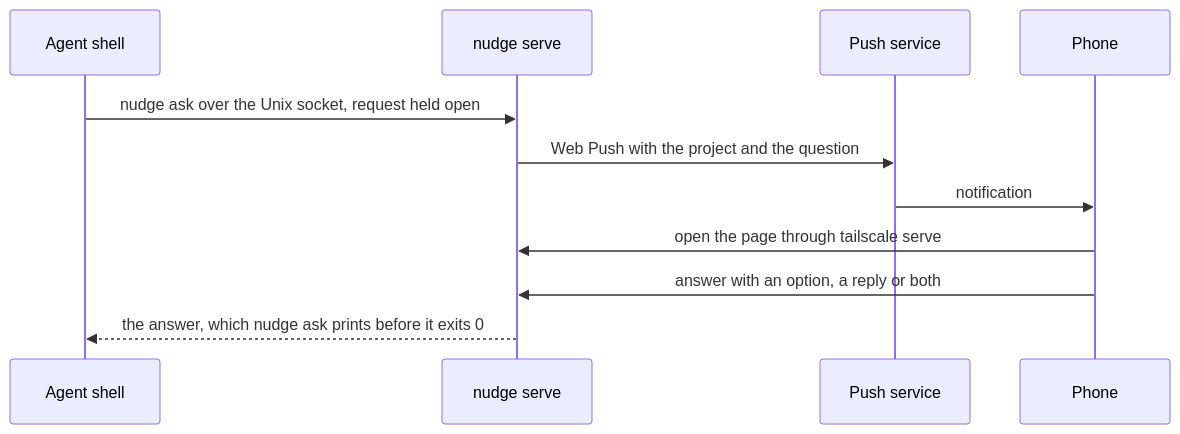
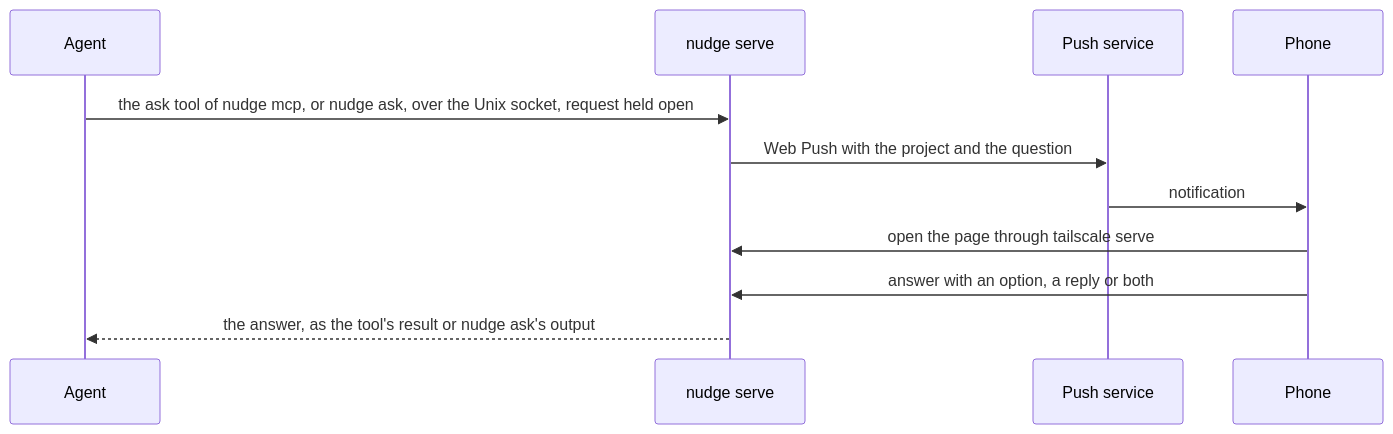
The diagram in docs/plan.md (codedogapp/nudge), drawn with Mermaid before and after one commit. The commit also changed other lines of this file and 12 other files, not shown here.

First line of the commit message:
feat: add nudge mcp, an MCP server with an ask tool (#17)

````diff
--- a/docs/plan.md
+++ b/docs/plan.md
@@ -66,13 +68,13 @@
 ```mermaid
 sequenceDiagram
-    participant A as Agent shell
+    participant A as Agent
     participant S as nudge serve
     participant P as Push service
     participant U as Phone
-    A->>S: nudge ask over the Unix socket, request held open
+    A->>S: the ask tool of nudge mcp, or nudge ask, over the Unix socket, request held open
     S->>P: Web Push with the project and the question
     P->>U: notification
     U->>S: open the page through tailscale serve
     U->>S: answer with an option, a reply or both
-    S-->>A: the answer, which nudge ask prints before it exits 0
+    S-->>A: the answer, as the tool's result or nudge ask's output
 ```
````
